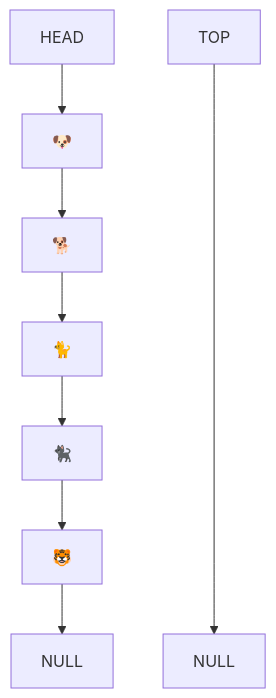
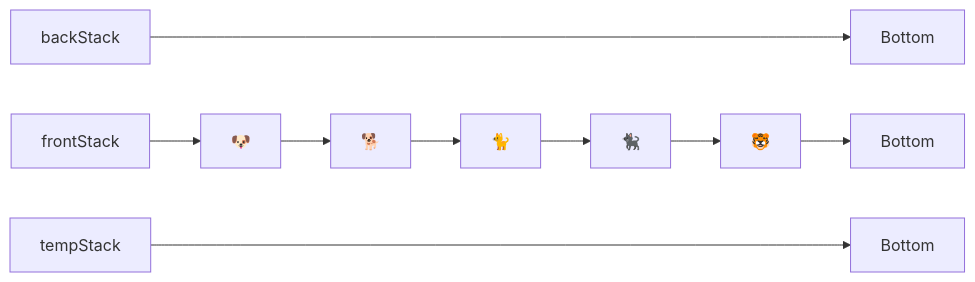
The third of 17 diagrams in javascript/code-challenges/stack-queue-animal-shelter/README.md (rmccrear/data-structures-and-algorithms), drawn with Mermaid before and after one commit. The commit also changed other lines of this file and 1 other file, not shown here.

Commit message:
update README for stack-queue-animal-shelter using 3 stacks

````diff
--- a/javascript/code-challenges/stack-queue-animal-shelter/README.md
+++ b/javascript/code-challenges/stack-queue-animal-shelter/README.md
@@ -24,7 +35,9 @@
 ```mermaid
 
-    graph
-    HEAD[HEAD] --> A["🐶"] -->B["🐕"]-->C["🐈"] --> D["🐈‍⬛"]-->E["🐯"] --> TAIL[NULL]
+    graph LR
 
-    HEAD2[TOP]------->TAIL2[NULL]
+    BACK_STACK[backStack] -------> BACK_BACK_STACK[Bottom]
+    FRONT_STACK[frontStack] --> A["🐶"] -->B["🐕"]-->C["🐈"] --> D["🐈‍⬛"]-->E["🐯"] --> FRONT_BACK_STACK[Bottom]
+    TEMP_STACK[tempStack] -------> BACK_TEMP_STACK[Bottom]
+
 ```
````
